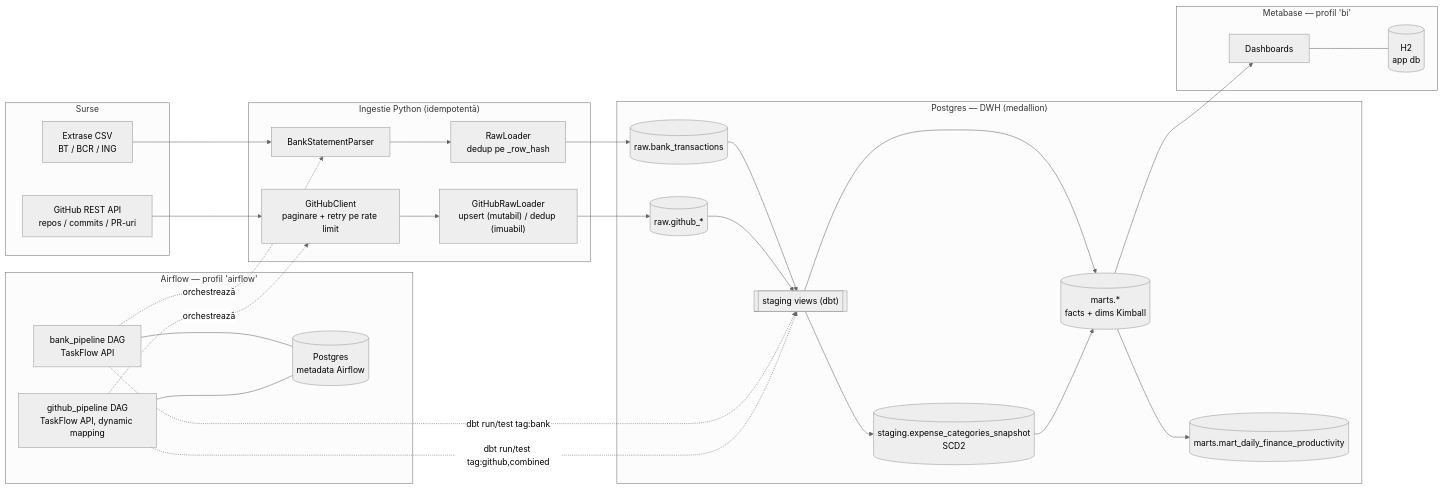
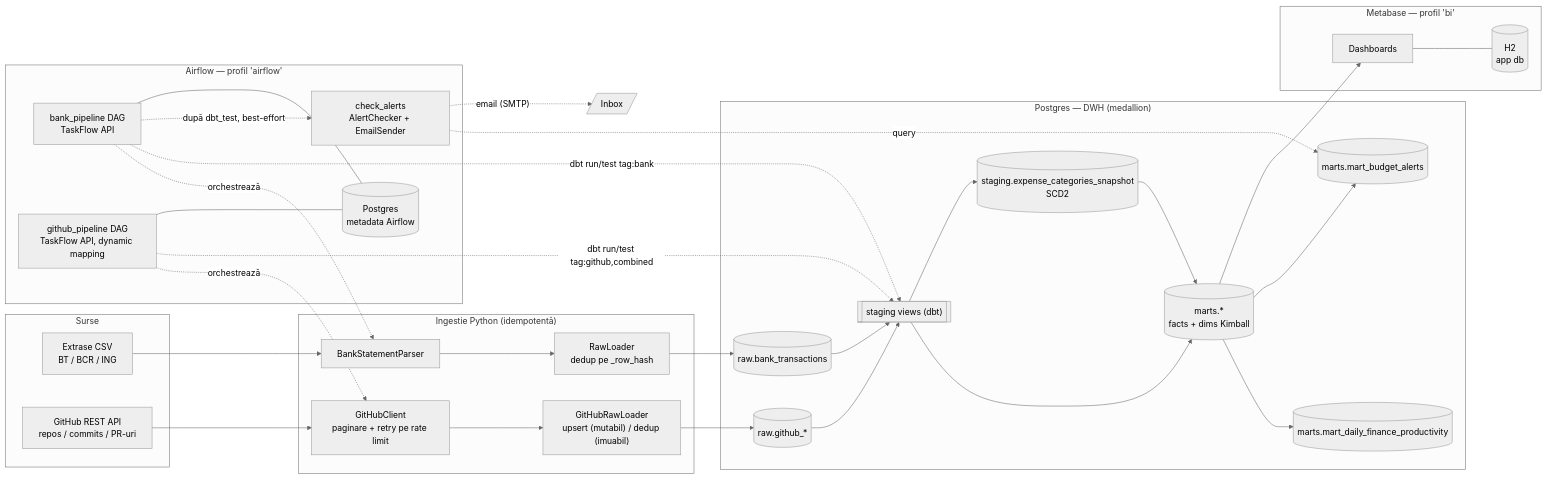
One commit to raducugabriel02/dataforge changed the diagram in README.md. Above: the diagram before and after it, drawn with Mermaid (neutral theme). The commit also changed other lines of this file and 1 other file, not shown here.

````diff
--- a/README.md
+++ b/README.md
@@ -15,49 +15,55 @@
 ```mermaid
 flowchart LR
     subgraph src["Surse"]
         csv["Extrase CSV<br/>BT / BCR / ING"]
         gh["GitHub REST API<br/>repos / commits / PR-uri"]
     end
 
     subgraph ingest["Ingestie Python (idempotentă)"]
         parser["BankStatementParser"]
         loader["RawLoader<br/>dedup pe _row_hash"]
         ghclient["GitHubClient<br/>paginare + retry pe rate limit"]
         ghloader["GitHubRawLoader<br/>upsert (mutabil) / dedup (imuabil)"]
     end
 
     subgraph dwh["Postgres — DWH (medallion)"]
         raw[("raw.bank_transactions")]
         ghraw[("raw.github_*")]
         staging[["staging views (dbt)"]]
         snapshot[("staging.expense_categories_snapshot<br/>SCD2")]
         marts[("marts.*<br/>facts + dims Kimball")]
         combined[("marts.mart_daily_finance_productivity")]
+        budgetmart[("marts.mart_budget_alerts")]
     end
 
     subgraph orch["Airflow — profil 'airflow'"]
         dag["bank_pipeline DAG<br/>TaskFlow API"]
         ghdag["github_pipeline DAG<br/>TaskFlow API, dynamic mapping"]
+        alertcheck["check_alerts<br/>AlertChecker + EmailSender"]
         afdb[("Postgres<br/>metadata Airflow")]
     end
 
     subgraph bi["Metabase — profil 'bi'"]
         dash["Dashboards"]
         mbdb[("H2<br/>app db")]
     end
 
     csv --> parser --> loader --> raw
     gh --> ghclient --> ghloader --> ghraw
     raw --> staging --> marts
     ghraw --> staging
     staging --> snapshot --> marts
     marts --> combined
+    marts --> budgetmart
     marts --> dash
     dag -. orchestrează .-> parser
     dag -. "dbt run/test tag:bank" .-> staging
+    dag -. "după dbt_test, best-effort" .-> alertcheck
+    alertcheck -. query .-> budgetmart
+    alertcheck -. "email (SMTP)" .-> email[/"Inbox"/]
     ghdag -. orchestrează .-> ghclient
     ghdag -. "dbt run/test tag:github,combined" .-> staging
     dag --- afdb
     ghdag --- afdb
     dash --- mbdb
 ```
````
